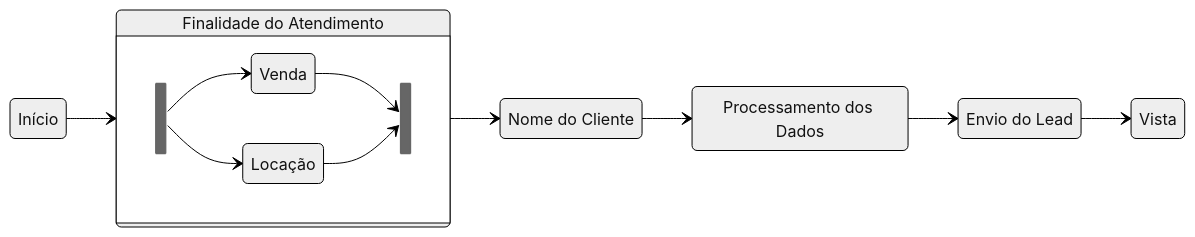
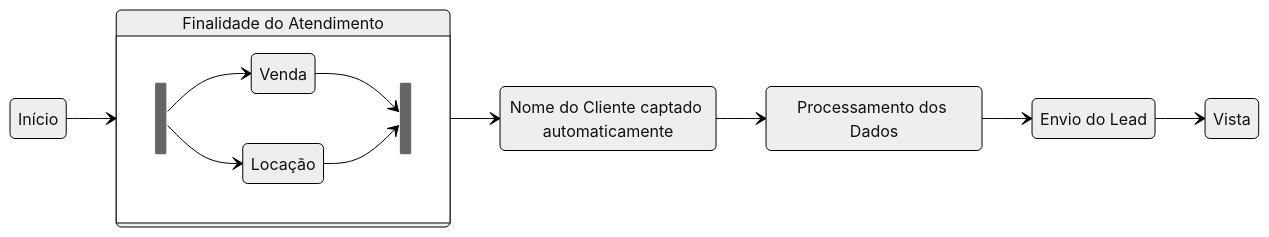
The first of 2 diagrams in readme.md (pepeleascov/cmsouza), drawn with Mermaid (neutral theme) before and after one commit. The commit also changed other lines of this file, not shown here.

````diff
--- a/readme.md
+++ b/readme.md
@@ -110,27 +110,27 @@
 ```mermaid
 stateDiagram
     1: Finalidade do Atendimento
     v: Venda
     l: Locação
-    2: Nome do Cliente
+    2: Nome do Cliente captado automaticamente
     3: Processamento dos Dados
     4: Envio do Lead
     5: Vista
     direction LR
     
     Início --> 1
     state 1 {
     state fork_state <<fork>>
     direction LR
         fork_state
         fork_state --> v
         fork_state --> l
     state join_state <<join>>
     v --> join_state
     l --> join_state
     }
     1 --> 2
     2 --> 3
     3 --> 4
     4 --> 5
 ```
````
